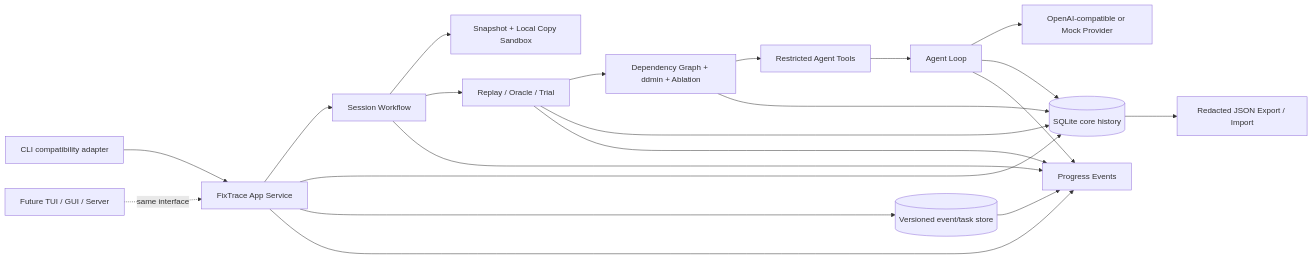
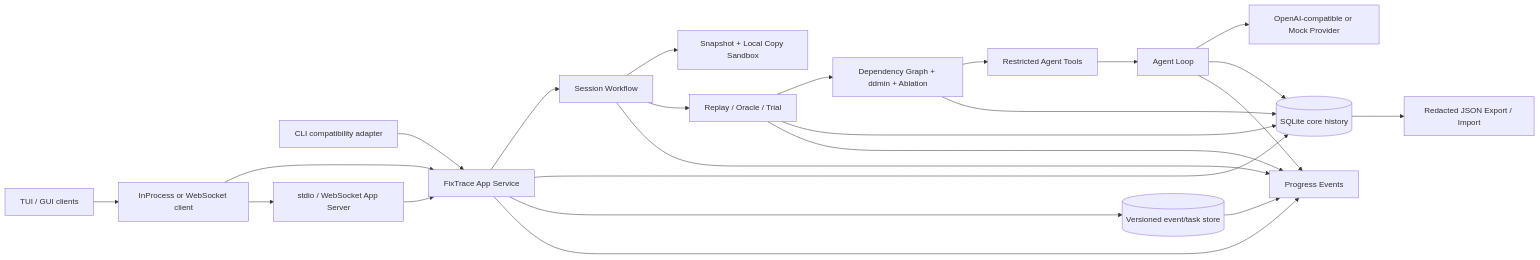
Before and after one commit to oooscarx/fix-trace: the first of 2 diagrams in docs/architecture.md, drawn with Mermaid. The commit also changed other lines of this file and 23 other files, not shown here.

Commit message:
feat: add authenticated local app server transports

````diff
--- a/docs/architecture.md
+++ b/docs/architecture.md
@@ -5,23 +5,26 @@
 ```mermaid
 flowchart LR
     U[CLI compatibility adapter] --> AS[FixTrace App Service]
-    FT[Future TUI / GUI / Server] -. same interface .-> AS
+    TUI[TUI / GUI clients] --> C[InProcess or WebSocket client]
+    C --> AS
+    C --> SV[stdio / WebSocket App Server]
+    SV --> AS
     AS --> W[Session Workflow]
     AS --> H[(SQLite core history)]
     AS --> ES[(Versioned event/task store)]
     AS --> E[Persisted event + live broadcast]
     W --> S[Snapshot + Local Copy Sandbox]
     W --> R[Replay / Oracle / Trial]
     R --> M[Dependency Graph + ddmin + Ablation]
     M --> T[Restricted Agent Tools]
     T --> A[Agent Loop]
     A --> P[OpenAI-compatible or Mock Provider]
     R --> H
     M --> H
     A --> H
     W --> E[Progress Events]
     R --> E
     A --> E
     H --> X[Redacted JSON Export / Import]
     ES --> E
 ```
````
